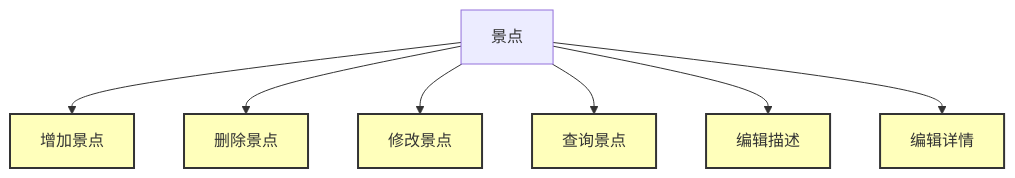
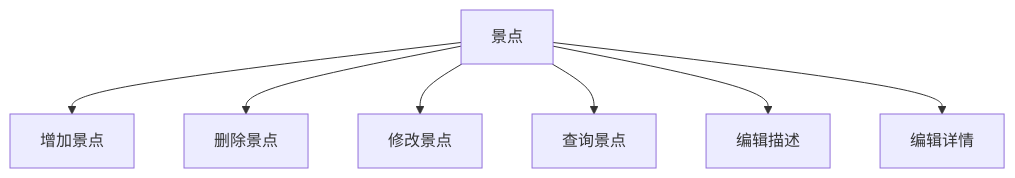
The ninth of 16 diagrams in README.md (FirmamentWu/java-), drawn with Mermaid before and after one commit. The commit also changed other lines of this file, not shown here.

````diff
--- a/README.md
+++ b/README.md
@@ -271,15 +259,10 @@
 ```mermaid
 graph TD
     A[景点] --> B[增加景点]
     A --> C[删除景点]
     A --> D[修改景点]
     A --> E[查询景点]
     A --> F[编辑描述]
     A --> G[编辑详情]
-    style B fill:#ffb,stroke:#333,stroke-width:2px;
-    style C fill:#ffb,stroke:#333,stroke-width:2px;
-    style D fill:#ffb,stroke:#333,stroke-width:2px;
-    style E fill:#ffb,stroke:#333,stroke-width:2px;
-    style F fill:#ffb,stroke:#333,stroke-width:2px;
-    style G fill:#ffb,stroke:#333,stroke-width:2px;
+    
 ```
````
